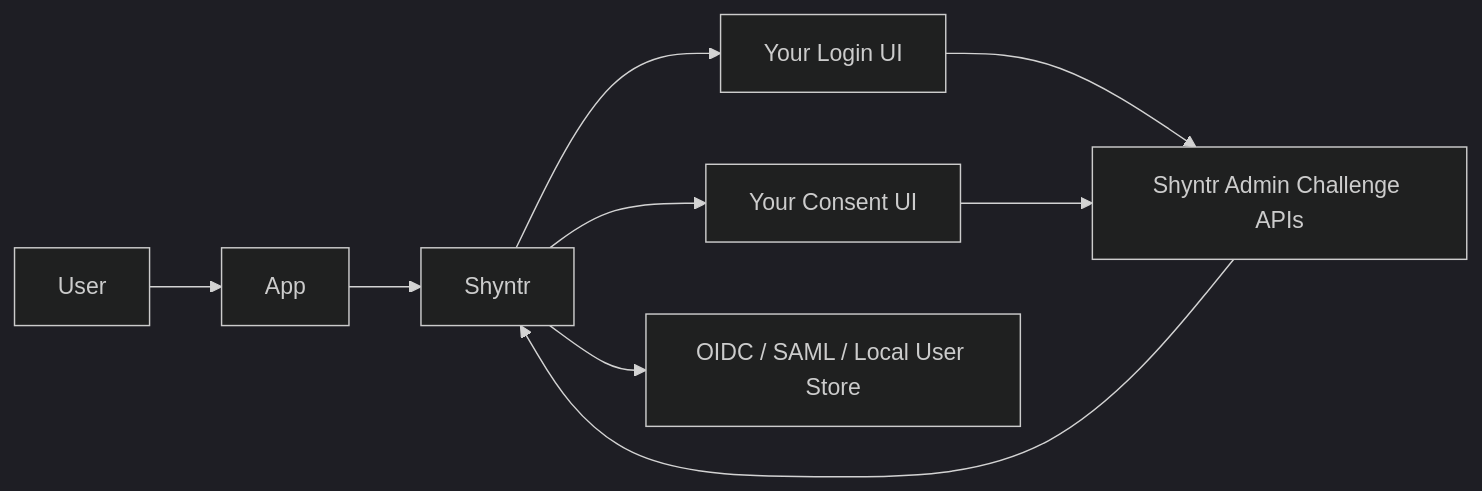
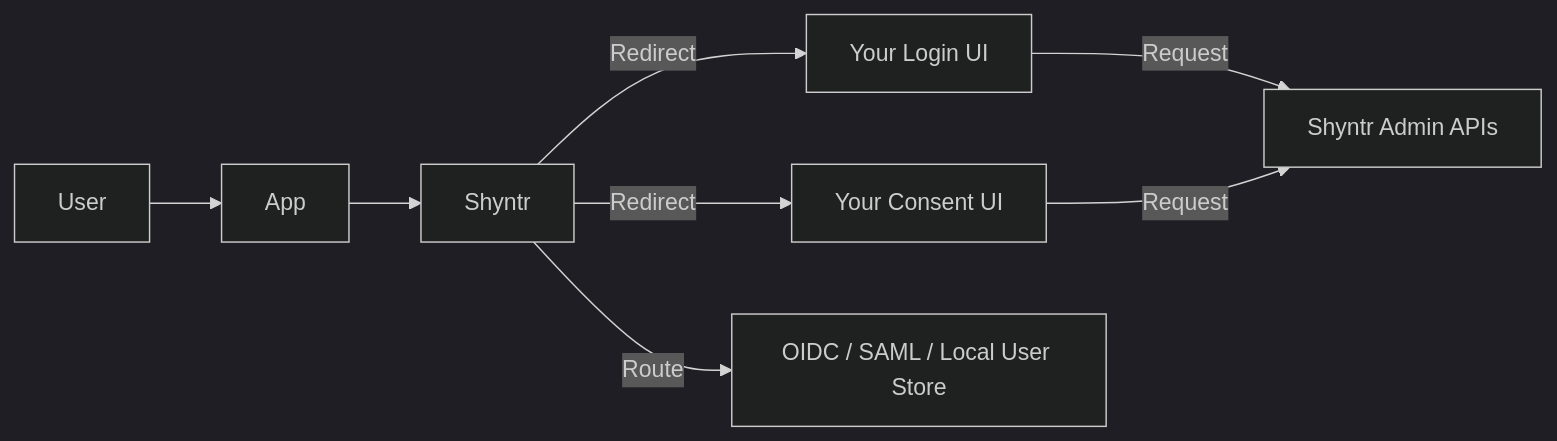
One commit to Shyntr/shyntr changed the fourth of 6 diagrams in README.md. Above: the diagram before and after it, drawn with Mermaid (dark theme). The commit also changed other lines of this file, not shown here.

````diff
--- a/README.md
+++ b/README.md
@@ -168,11 +164,10 @@
 ```mermaid
 flowchart LR
     User --> App
     App --> Shyntr
-    Shyntr --> LoginUI[Your Login UI]
-    LoginUI --> ShyntrAdmin[Shyntr Admin Challenge APIs]
-    ShyntrAdmin --> Shyntr
-    Shyntr --> ConsentUI[Your Consent UI]
-    ConsentUI --> ShyntrAdmin
-    Shyntr --> Target[OIDC / SAML / Local User Store]
+    Shyntr --> |Redirect| LoginUI[Your Login UI]
+    LoginUI --> |Request| ShyntrAdmin[Shyntr Admin APIs]
+    Shyntr --> |Redirect| ConsentUI[Your Consent UI]
+    ConsentUI --> |Request| ShyntrAdmin
+    Shyntr --> |Route| Target[OIDC / SAML / Local User Store]
 ```
````
